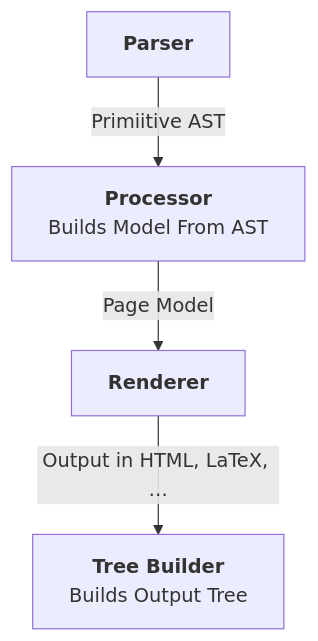
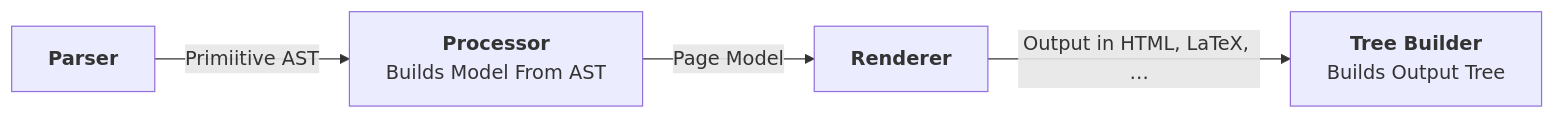
The diagram in README.md (vortex-bpmn/phase), drawn with Mermaid before and after one commit. The commit also changed other lines of this file, not shown here.

````diff
--- a/README.md
+++ b/README.md
@@ -6,4 +34,4 @@
 ```mermaid
-flowchart TD
+flowchart LR
     Parser["<b>Parser</b>"] -->|Primiitive AST| Processor["<b>Processor</b><br/>Builds Model From AST"] -->|Page Model| Renderer["<b>Renderer</b>"] -->|" Output in HTML, LaTeX, &hellip; "| Consolidator["<b>Tree Builder</b><br/>Builds Output Tree"]
 ```
````
